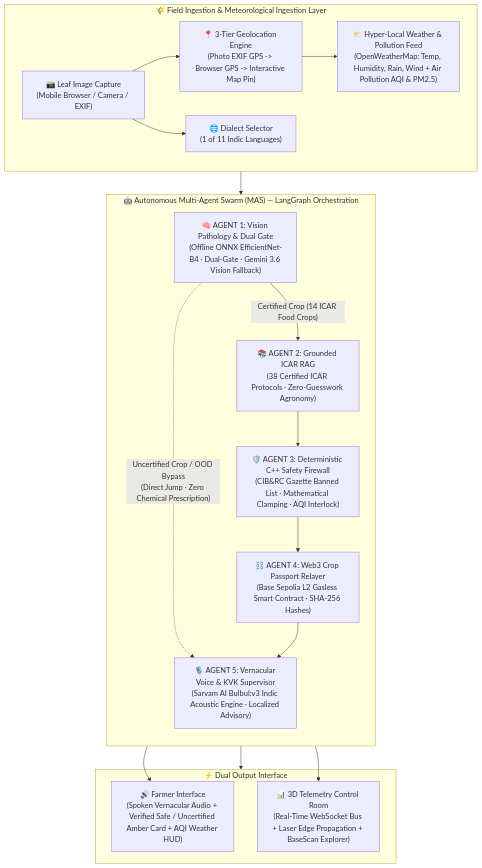
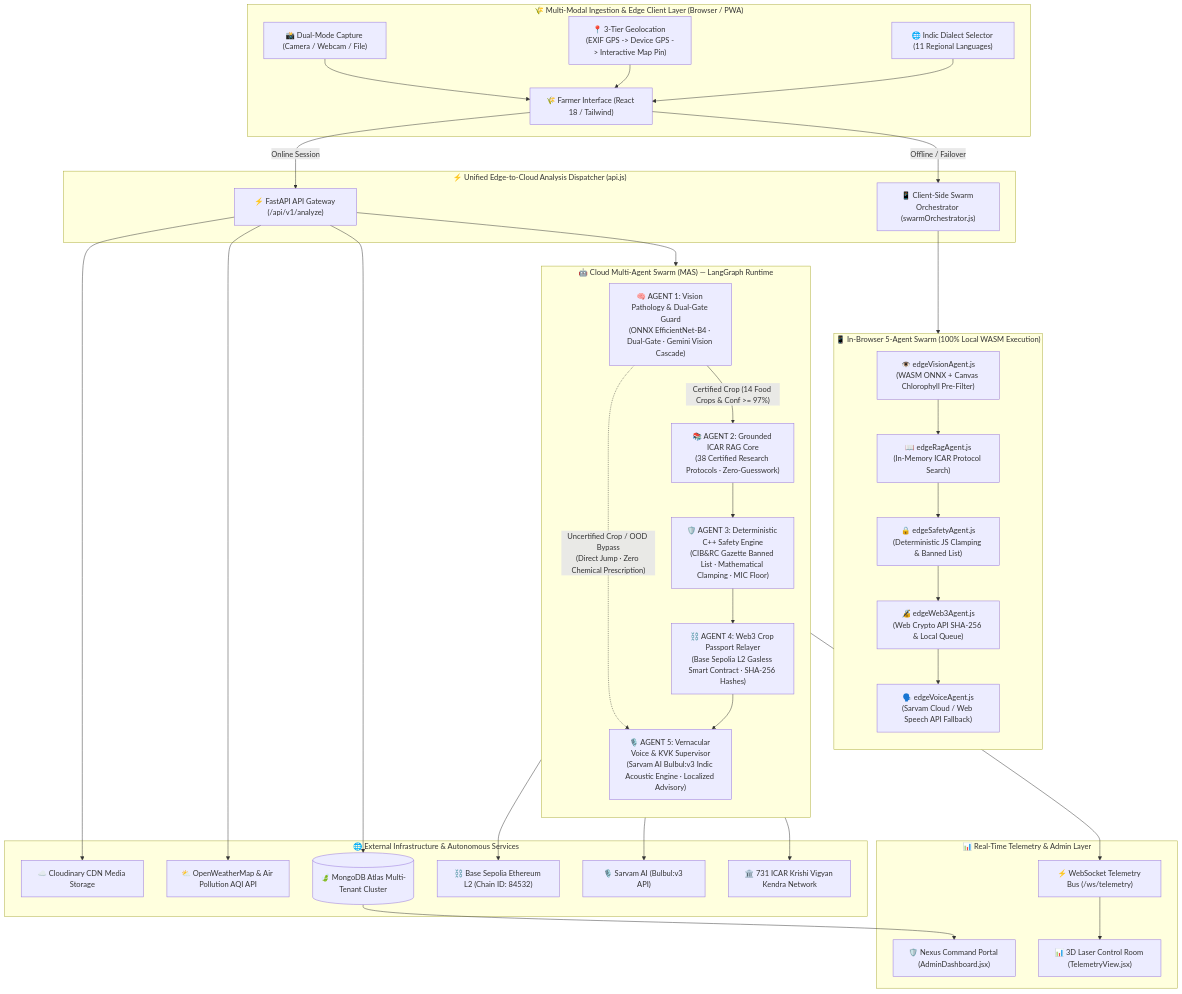
Before and after one commit to Player1205/AgriNexus: the first of 4 diagrams in ARCHITECTURE.md, drawn with Mermaid. The commit also changed other lines of this file and 1 other file, not shown here.

Commit message:
docs(architecture): update ARCHITECTURE.md with full high/low-level system design and add ADR-088

````diff
--- a/ARCHITECTURE.md
+++ b/ARCHITECTURE.md
@@ -21,29 +33,68 @@
 ```mermaid
 flowchart TD
-    subgraph FIELD ["🌾 Field Ingestion & Meteorological Ingestion Layer"]
-        A["📸 Leaf Image Capture\n(Mobile Browser / Camera / EXIF)"] --> B["📍 3-Tier Geolocation Engine\n(Photo EXIF GPS -> Browser GPS -> Interactive Map Pin)"]
-        B --> C["⛅ Hyper-Local Weather & Pollution Feed\n(OpenWeatherMap: Temp, Humidity, Rain, Wind + Air Pollution AQI & PM2.5)"]
-        A --> D["🌐 Dialect Selector\n(1 of 11 Indic Languages)"]
+    subgraph INGESTION ["🌾 Multi-Modal Ingestion & Edge Client Layer (Browser / PWA)"]
+        UI["🌾 Farmer Interface (React 18 / Tailwind)"]
+        CAM["📸 Dual-Mode Capture (Camera / Webcam / File)"]
+        GEO["📍 3-Tier Geolocation (EXIF GPS -> Device GPS -> Interactive Map Pin)"]
+        LANG["🌐 Indic Dialect Selector (11 Regional Languages)"]
+        CAM --> UI
+        GEO --> UI
+        LANG --> UI
     end
 
-    subgraph SWARM ["🤖 Autonomous Multi-Agent Swarm (MAS) — LangGraph Orchestration"]
-        direction TB
-        E["🧠 AGENT 1: Vision Pathology & Dual Gate\n(Offline ONNX EfficientNet-B4 · Dual-Gate · Gemini 3.6 Vision Fallback)"]
-        
-        %% Conditional Early Exit Bypass
-        E -- "Certified Crop (14 ICAR Food Crops)" --> F["📚 AGENT 2: Grounded ICAR RAG\n(38 Certified ICAR Protocols · Zero-Guesswork Agronomy)"]
-        E -. "Uncertified Crop / OOD Bypass\n(Direct Jump · Zero Chemical Prescription)" .-> I
-        
-        F --> G["🛡️ AGENT 3: Deterministic C++ Safety Firewall\n(CIB&RC Gazette Banned List · Mathematical Clamping · AQI Interlock)"]
-        G --> H["⛓️ AGENT 4: Web3 Crop Passport Relayer\n(Base Sepolia L2 Gasless Smart Contract · SHA-256 Hashes)"]
-        H --> I["🎙️ AGENT 5: Vernacular Voice & KVK Supervisor\n(Sarvam AI Bulbul:v3 Indic Acoustic Engine · Localized Advisory)"]
+    subgraph DISPATCH ["⚡ Unified Edge-to-Cloud Analysis Dispatcher (api.js)"]
+        UI -->|Online Session| GW["⚡ FastAPI API Gateway (/api/v1/analyze)"]
+        UI -->|Offline / Failover| OFFLINE["📱 Client-Side Swarm Orchestrator (swarmOrchestrator.js)"]
     end
 
-    subgraph DUAL_OUT ["⚡ Dual Output Interface"]
-        I --> J["🔊 Farmer Interface\n(Spoken Vernacular Audio + Verified Safe / Uncertified Amber Card + AQI Weather HUD)"]
-        H --> K["📊 3D Telemetry Control Room\n(Real-Time WebSocket Bus + Laser Edge Propagation + BaseScan Explorer)"]
+    subgraph CLOUD_SWARM ["🤖 Cloud Multi-Agent Swarm (MAS) — LangGraph Runtime"]
+        direction TB
+        V1["🧠 AGENT 1: Vision Pathology & Dual-Gate Guard\n(ONNX EfficientNet-B4 · Dual-Gate · Gemini Vision Cascade)"]
+        
+        %% Conditional Early Exit
+        V1 -- "Certified Crop (14 Food Crops & Conf >= 97%)" --> R2["📚 AGENT 2: Grounded ICAR RAG Core\n(38 Certified Research Protocols · Zero-Guesswork)"]
+        V1 -. "Uncertified Crop / OOD Bypass\n(Direct Jump · Zero Chemical Prescription)" .-> VO5
+        
+        R2 --> S3["🛡️ AGENT 3: Deterministic C++ Safety Engine\n(CIB&RC Gazette Banned List · Mathematical Clamping · MIC Floor)"]
+        S3 --> W4["⛓️ AGENT 4: Web3 Crop Passport Relayer\n(Base Sepolia L2 Gasless Smart Contract · SHA-256 Hashes)"]
+        W4 --> VO5["🎙️ AGENT 5: Vernacular Voice & KVK Supervisor\n(Sarvam AI Bulbul:v3 Indic Acoustic Engine · Localized Advisory)"]
     end
 
-    FIELD --> SWARM
-    SWARM --> DUAL_OUT
+    subgraph OFFLINE_SWARM ["📱 In-Browser 5-Agent Swarm (100% Local WASM Execution)"]
+        direction TB
+        EV1["👁️ edgeVisionAgent.js\n(WASM ONNX + Canvas Chlorophyll Pre-Filter)"]
+        ER2["📖 edgeRagAgent.js\n(In-Memory ICAR Protocol Search)"]
+        ES3["🔒 edgeSafetyAgent.js\n(Deterministic JS Clamping & Banned List)"]
+        EW4["🔏 edgeWeb3Agent.js\n(Web Crypto API SHA-256 & Local Queue)"]
+        EV5["🗣️ edgeVoiceAgent.js\n(Sarvam Cloud / Web Speech API Fallback)"]
+        
+        EV1 --> ER2 --> ES3 --> EW4 --> EV5
+    end
+
+    subgraph EXTERNAL ["🌐 External Infrastructure & Autonomous Services"]
+        OWM["⛅ OpenWeatherMap & Air Pollution AQI API"]
+        CLD["☁️ Cloudinary CDN Media Storage"]
+        MDB[("🍃 MongoDB Atlas Multi-Tenant Cluster")]
+        BASE["⛓️ Base Sepolia Ethereum L2 (Chain ID: 84532)"]
+        SRV["🎙️ Sarvam AI (Bulbul:v3 API)"]
+        KVK["🏛️ 731 ICAR Krishi Vigyan Kendra Network"]
+    end
+
+    subgraph TELEMETRY ["📊 Real-Time Telemetry & Admin Layer"]
+        WS["⚡ WebSocket Telemetry Bus (/ws/telemetry)"]
+        DASH["📊 3D Laser Control Room (TelemetryView.jsx)"]
+        ADM["🛡️ Nexus Command Portal (AdminDashboard.jsx)"]
+    end
+
+    GW --> CLD
+    GW --> OWM
+    GW --> CLOUD_SWARM
+    CLOUD_SWARM --> BASE
+    CLOUD_SWARM --> SRV
+    CLOUD_SWARM --> KVK
+    CLOUD_SWARM --> WS
+    WS --> DASH
+    GW --> MDB
+    MDB --> ADM
+    OFFLINE --> OFFLINE_SWARM
 ```
````
